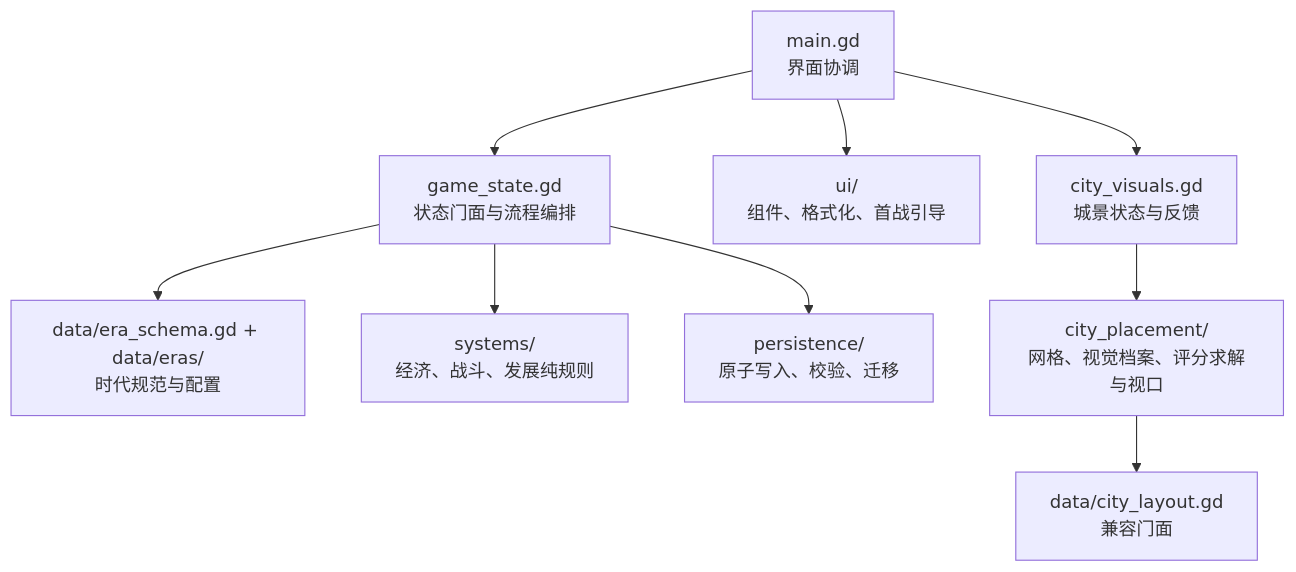
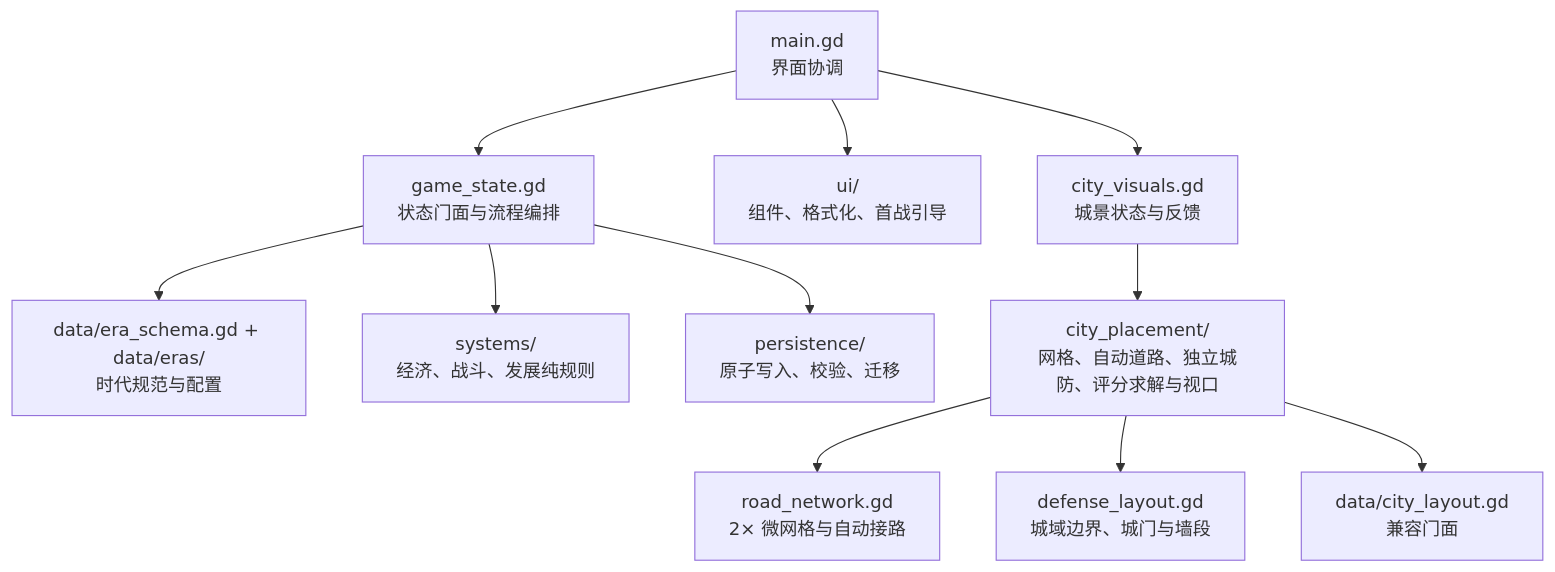
One commit to yyarrow/Farmer changed the diagram in docs/ARCHITECTURE.md. Above: the diagram before and after it, drawn with Mermaid. The commit also changed other lines of this file and 4 other files, not shown here.

````diff
--- a/docs/ARCHITECTURE.md
+++ b/docs/ARCHITECTURE.md
@@ -5,11 +5,13 @@
 ```mermaid
 flowchart TD
     Main["main.gd\n界面协调"] --> State["game_state.gd\n状态门面与流程编排"]
     Main --> UI["ui/\n组件、格式化、首战引导"]
     Main --> Visuals["city_visuals.gd\n城景状态与反馈"]
     State --> Era["data/era_schema.gd + data/eras/\n时代规范与配置"]
     State --> Systems["systems/\n经济、战斗、发展纯规则"]
     State --> Persistence["persistence/\n原子写入、校验、迁移"]
-    Visuals --> Layout["city_placement/\n网格、视觉档案、评分求解与视口"]
+    Visuals --> Layout["city_placement/\n网格、自动道路、独立城防、评分求解与视口"]
+    Layout --> Roads["road_network.gd\n2× 微网格与自动接路"]
+    Layout --> Defense["defense_layout.gd\n城域边界、城门与墙段"]
     Layout --> Facade["data/city_layout.gd\n兼容门面"]
 ```
````
